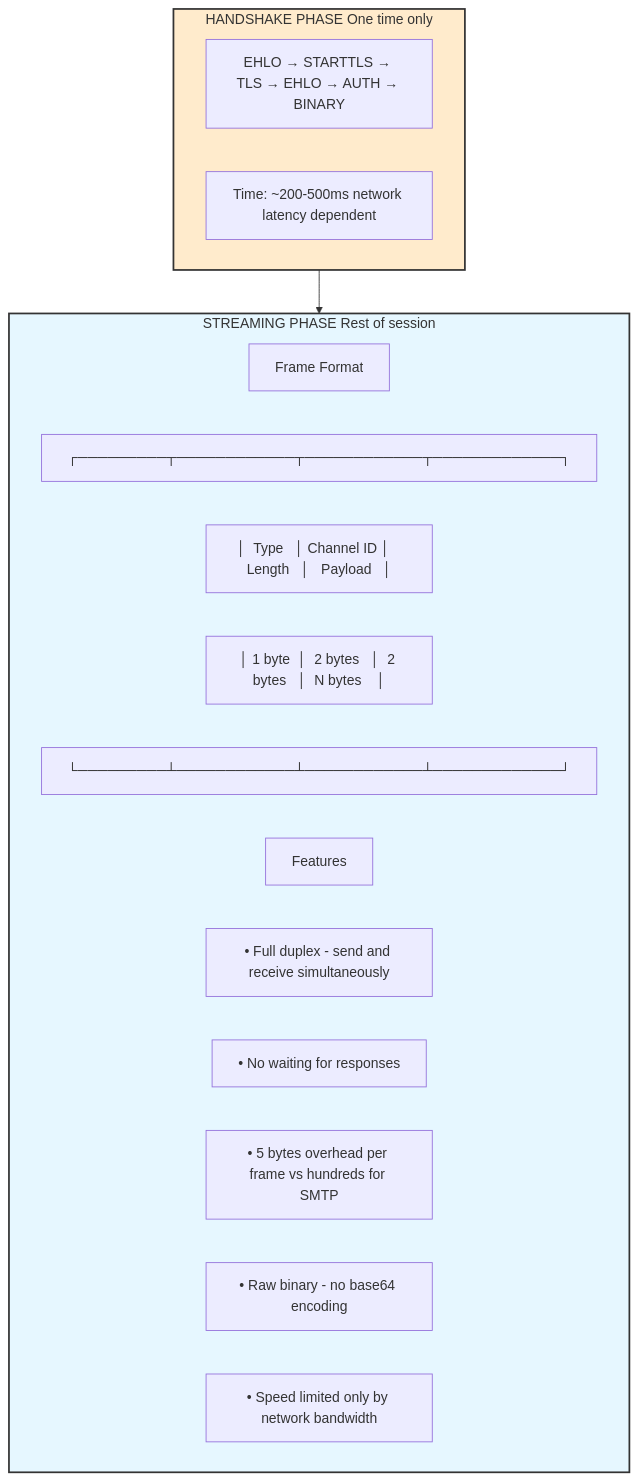
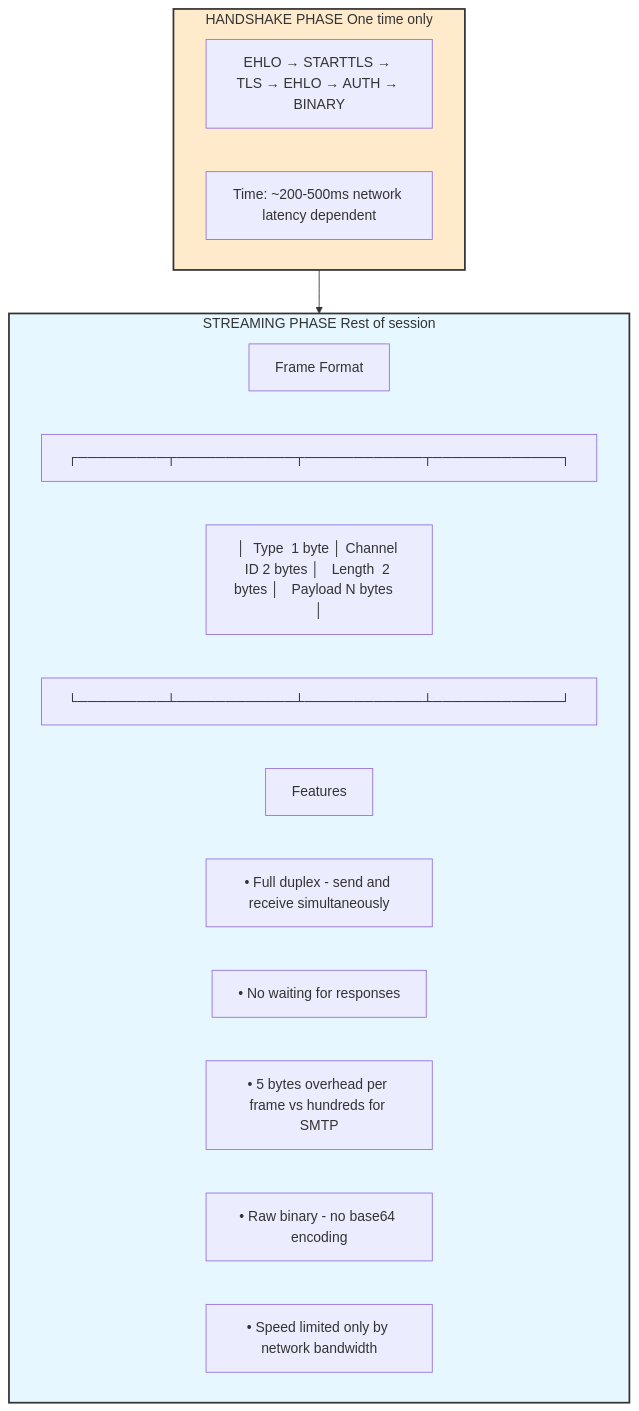
One commit to purpose168/smtp-tunnel-proxy changed the fourth of 12 diagrams in TECHNICAL.md. Above: the diagram before and after it, drawn with Mermaid.

Commit message:
docs(TECHNICAL): 更新帧格式文档以简化表格布局

````diff
--- a/TECHNICAL.md
+++ b/TECHNICAL.md
@@ -160,26 +160,25 @@
 ```mermaid
 graph TD
     subgraph Handshake["HANDSHAKE PHASE One time only"]
         A[EHLO → STARTTLS → TLS → EHLO → AUTH → BINARY]
         B["Time: ~200-500ms network latency dependent"]
     end
 
     subgraph Streaming["STREAMING PHASE Rest of session"]
         C[Frame Format]
         D[┌─────────┬────────────┬────────────┬─────────────┐]
-        E[│  Type   │ Channel ID │   Length   │   Payload   │]
-        F[│ 1 byte  │  2 bytes   │  2 bytes   │  N bytes    │]
+        E[│  Type  1 byte │ Channel ID 2 bytes │   Length  2 bytes │   Payload N bytes   │]
         G[└─────────┴────────────┴────────────┴─────────────┘]
         H[Features]
         I["• Full duplex - send and receive simultaneously"]
         J["• No waiting for responses"]
         K["• 5 bytes overhead per frame vs hundreds for SMTP"]
         L["• Raw binary - no base64 encoding"]
         M["• Speed limited only by network bandwidth"]
     end
 
     Handshake --> Streaming
 
     style Handshake fill:#ffebcc,stroke:#333,stroke-width:2px
     style Streaming fill:#e6f7ff,stroke:#333,stroke-width:2px
 ```
````
